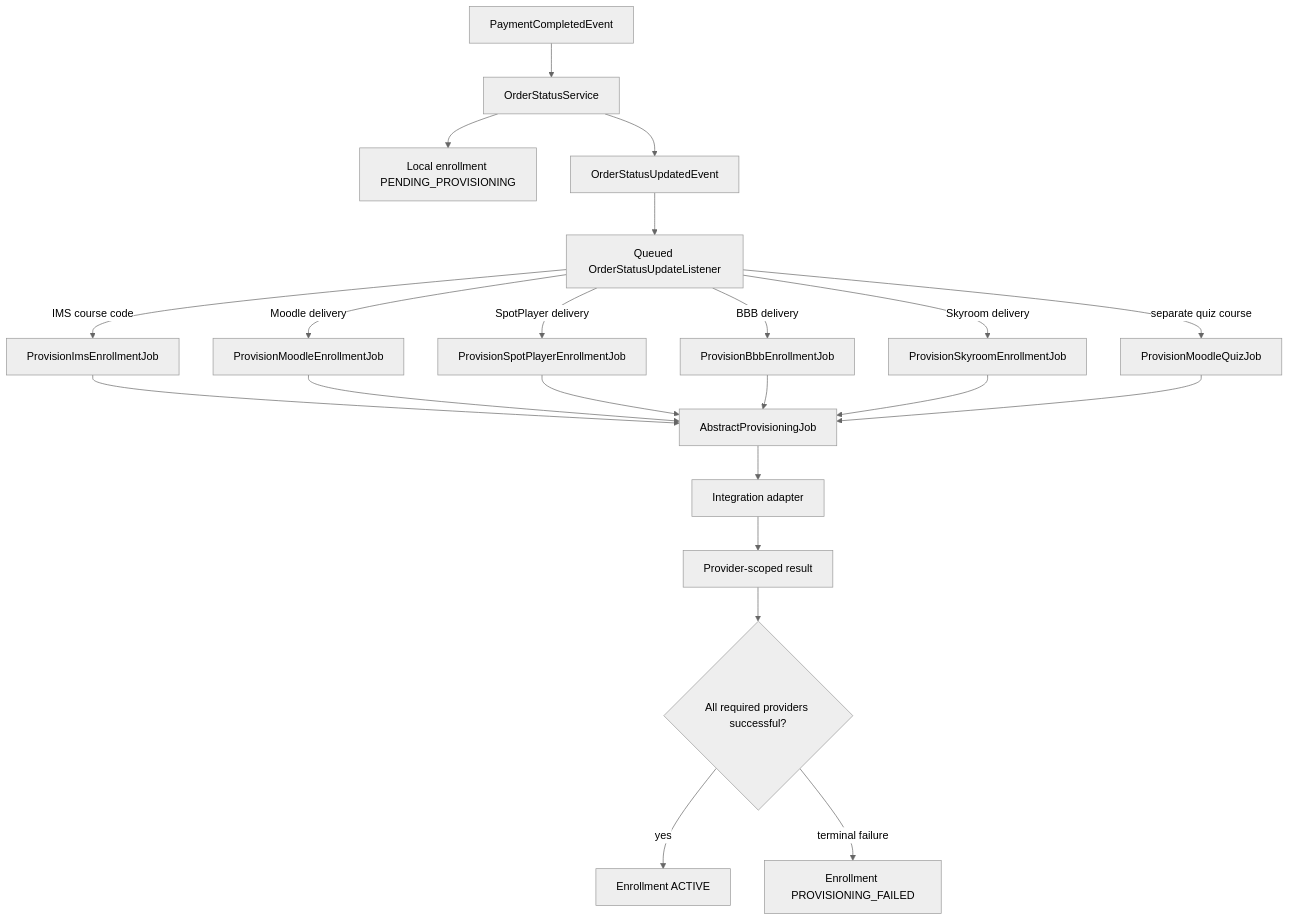
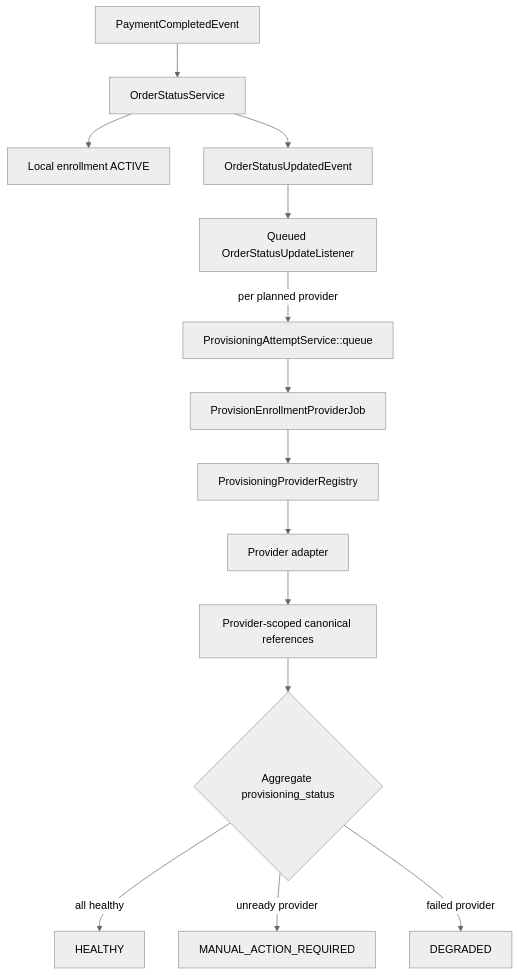
One commit to SaeidSharafi/JeduApi changed the first of 2 diagrams in docs/Architecture/Enrollment-Provisioning-System.md. Above: the diagram before and after it, drawn with Mermaid (neutral theme). The commit also changed other lines of this file and 12 other files, not shown here.

First line of the commit message:
refactor(enrollment): canonicalize provider outcomes and shop access

````diff
--- a/docs/Architecture/Enrollment-Provisioning-System.md
+++ b/docs/Architecture/Enrollment-Provisioning-System.md
@@ -9,27 +9,17 @@
 ```mermaid
 flowchart TD
     P[PaymentCompletedEvent] --> OS[OrderStatusService]
-    OS --> E[Local enrollment PENDING_PROVISIONING]
+    OS --> E[Local enrollment ACTIVE]
     OS --> OU[OrderStatusUpdatedEvent]
     OU --> L[Queued OrderStatusUpdateListener]
 
-    L -->|IMS course code| IMS[ProvisionImsEnrollmentJob]
-    L -->|Moodle delivery| MOODLE[ProvisionMoodleEnrollmentJob]
-    L -->|SpotPlayer delivery| SPOT[ProvisionSpotPlayerEnrollmentJob]
-    L -->|BBB delivery| BBB[ProvisionBbbEnrollmentJob]
-    L -->|Skyroom delivery| SKY[ProvisionSkyroomEnrollmentJob]
-    L -->|separate quiz course| QUIZ[ProvisionMoodleQuizJob]
-
-    IMS --> BASE[AbstractProvisioningJob]
-    MOODLE --> BASE
-    SPOT --> BASE
-    BBB --> BASE
-    SKY --> BASE
-    QUIZ --> BASE
-
-    BASE --> ADAPTER[Integration adapter]
-    ADAPTER --> RESULT[Provider-scoped result]
-    RESULT --> AGG{All required providers successful?}
-    AGG -->|yes| ACTIVE[Enrollment ACTIVE]
-    AGG -->|terminal failure| FAILED[Enrollment PROVISIONING_FAILED]
+    L -->|per planned provider| ATT[ProvisioningAttemptService::queue]
+    ATT --> JOB[ProvisionEnrollmentProviderJob]
+    JOB --> REG[ProvisioningProviderRegistry]
+    REG --> ADAPTER[Provider adapter]
+    ADAPTER --> RESULT[Provider-scoped canonical references]
+    RESULT --> AGG{Aggregate provisioning_status}
+    AGG -->|all healthy| HEALTHY[HEALTHY]
+    AGG -->|unready provider| MANUAL[MANUAL_ACTION_REQUIRED]
+    AGG -->|failed provider| DEGRADED[DEGRADED]
 ```
````
